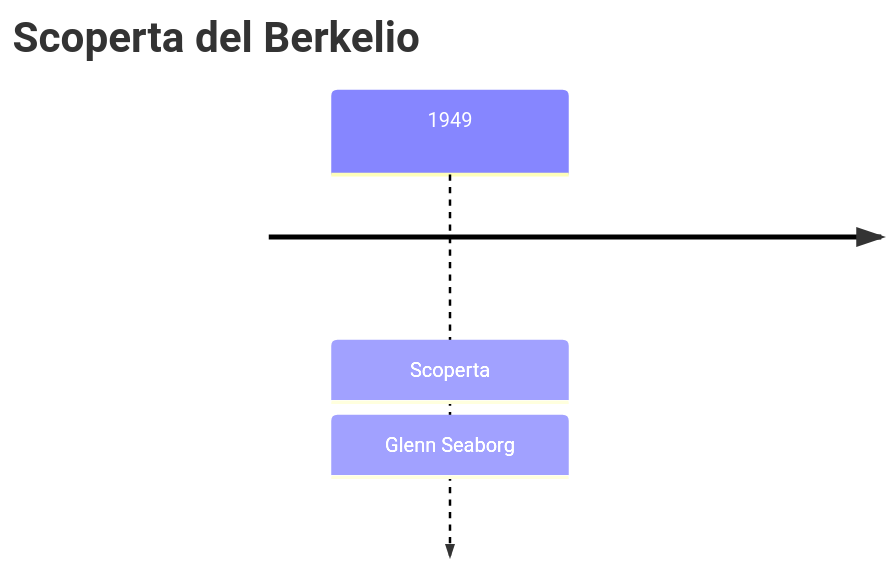
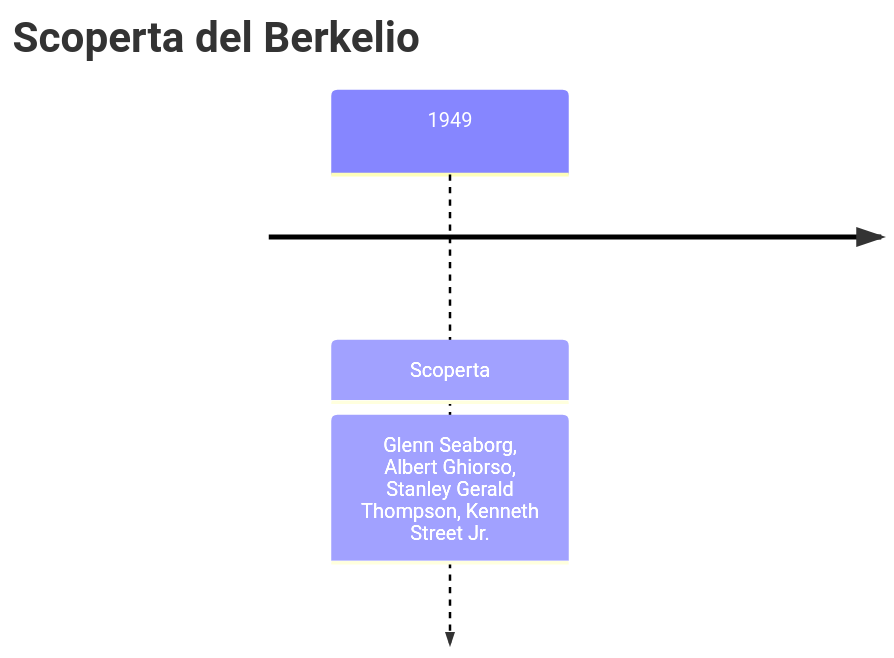
One commit to gianlucaciarcelluti/elements-caos changed the first of 3 diagrams in vault/Elementi/Berkelio.md. Above: the diagram before and after it, drawn with Mermaid. The commit also changed other lines of this file and 10 other files, not shown here.

````diff
--- a/vault/Elementi/Berkelio.md
+++ b/vault/Elementi/Berkelio.md
@@ -28,5 +28,5 @@
 ```mermaid
 timeline
     title Scoperta del Berkelio
-    1949 : Scoperta : Glenn Seaborg
+    1949 : Scoperta : Glenn Seaborg, Albert Ghiorso, Stanley Gerald Thompson, Kenneth Street Jr.
 ```
````
